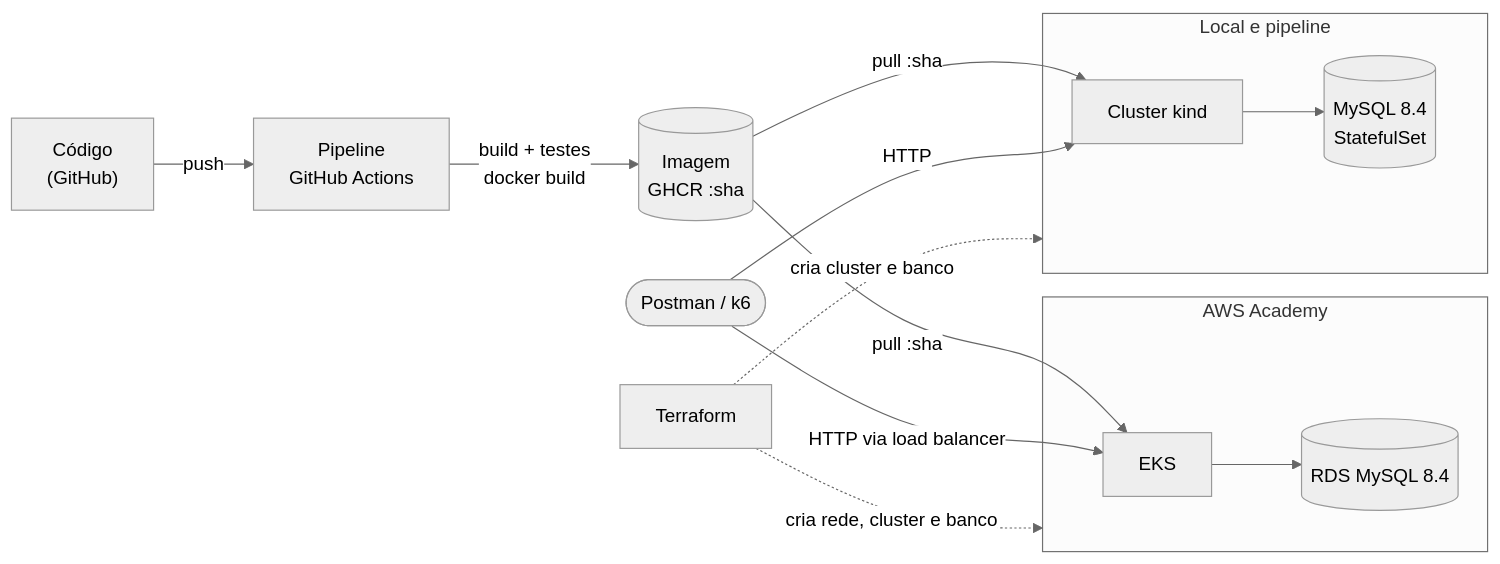
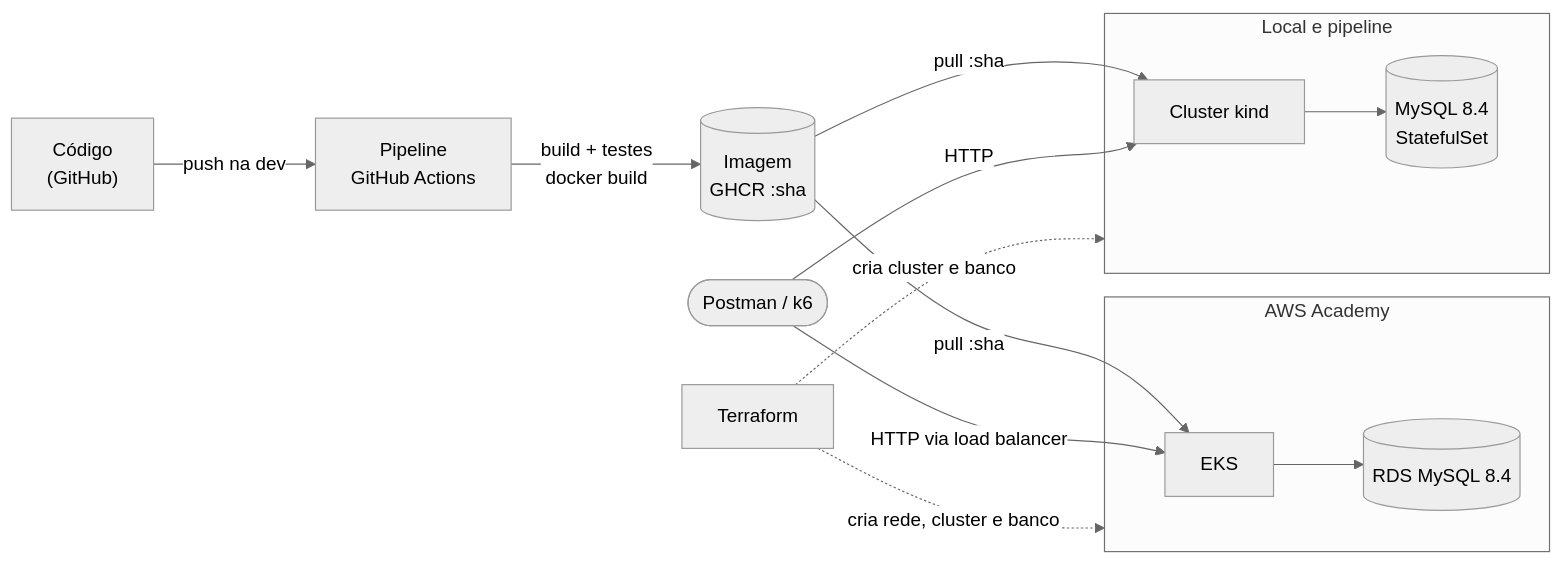
Before and after one commit to SystemIvan/17SOAT-workshop-management-system: the diagram in README.md, drawn with Mermaid (neutral theme). The commit also changed other lines of this file and 3 other files, not shown here.

````diff
--- a/README.md
+++ b/README.md
@@ -26,19 +27,19 @@
 ```mermaid
 flowchart LR
-    code["Código<br/>(GitHub)"] -->|"push"| cd["Pipeline<br/>GitHub Actions"]
+    code["Código<br/>(GitHub)"] -->|"push na dev"| cd["Pipeline<br/>GitHub Actions"]
     cd -->|"build + testes<br/>docker build"| ghcr[("Imagem<br/>GHCR :sha")]
     tf["Terraform"]
     client(["Postman / k6"])
     subgraph aws["AWS Academy"]
         eks["EKS"] --> rds[("RDS MySQL 8.4")]
     end
     subgraph local["Local e pipeline"]
         kind["Cluster kind"] --> db[("MySQL 8.4<br/>StatefulSet")]
     end
     ghcr -->|"pull :sha"| eks
     ghcr -->|"pull :sha"| kind
     tf -.->|"cria rede, cluster e banco"| aws
     tf -.->|"cria cluster e banco"| local
     client -->|"HTTP via load balancer"| eks
     client -->|"HTTP"| kind
 ```
````
